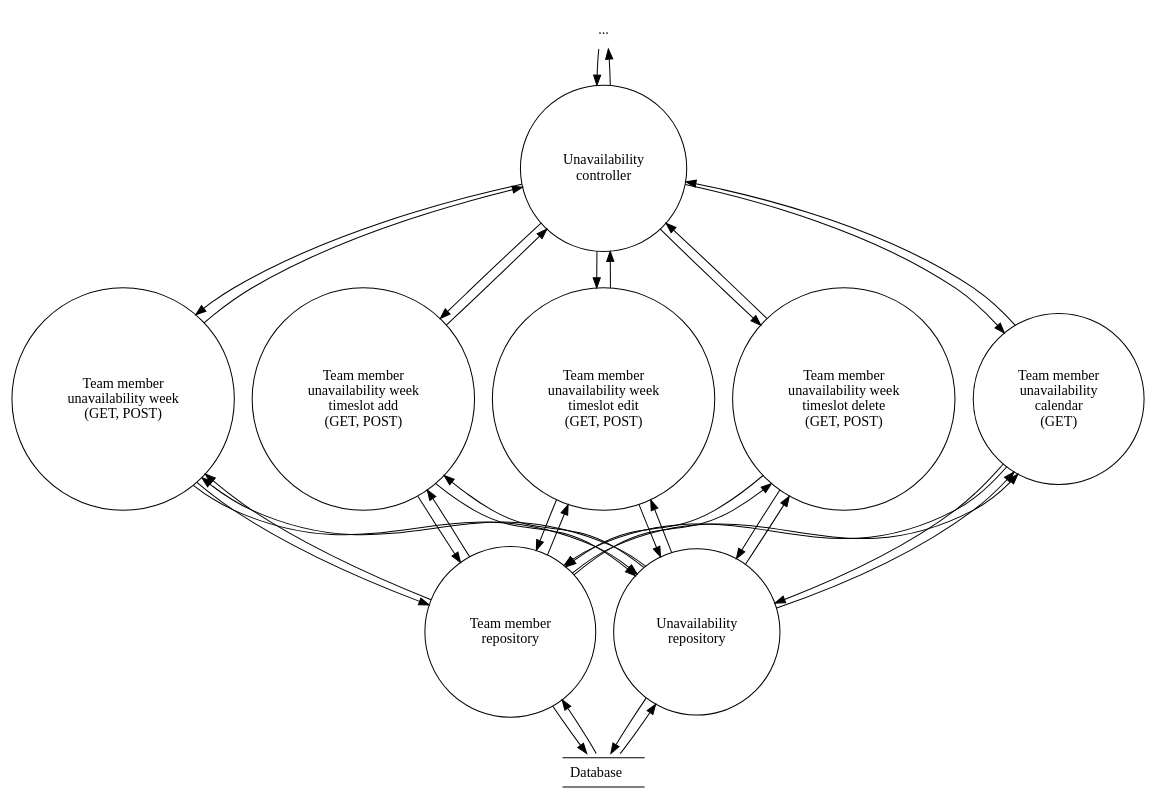
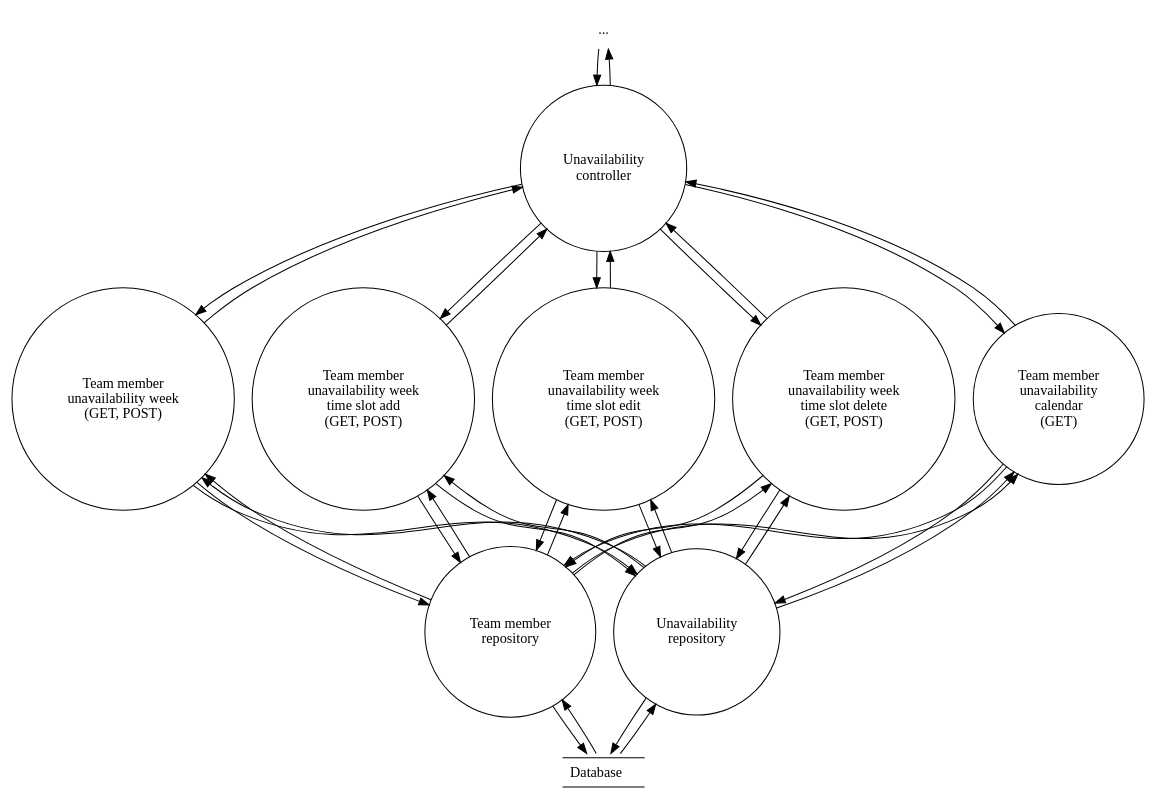
Before and after one commit to luke-hamann/stc-cis-248: the diagram in design/data_flow_diagrams/level_3.4_unavailability.dot, drawn with Graphviz. The commit also changed 3 other files, not shown here.

```diff
--- a/design/data_flow_diagrams/level_3.4_unavailability.dot
+++ b/design/data_flow_diagrams/level_3.4_unavailability.dot
@@ -1,63 +1,63 @@
 digraph data_flow_diagram {
     node [ shape = circle ]
     
     "..." [ shape = none ]
     
     "..." -> "Unavailability\ncontroller" -> "..."
 
     subgraph actions {
         rank = same
         
         "Team member\nunavailability\ncalendar\n(GET)"
         "Team member\nunavailability week\n(GET, POST)"
-        "Team member\nunavailability week\ntimeslot add\n(GET, POST)"
-        "Team member\nunavailability week\ntimeslot edit\n(GET, POST)"
-        "Team member\nunavailability week\ntimeslot delete\n(GET, POST)"
+        "Team member\nunavailability week\ntime slot add\n(GET, POST)"
+        "Team member\nunavailability week\ntime slot edit\n(GET, POST)"
+        "Team member\nunavailability week\ntime slot delete\n(GET, POST)"
     }
     
     "Unavailability\ncontroller" -> {
         "Team member\nunavailability\ncalendar\n(GET)"
         "Team member\nunavailability week\n(GET, POST)"
-        "Team member\nunavailability week\ntimeslot add\n(GET, POST)"
-        "Team member\nunavailability week\ntimeslot edit\n(GET, POST)"
-        "Team member\nunavailability week\ntimeslot delete\n(GET, POST)"
+        "Team member\nunavailability week\ntime slot add\n(GET, POST)"
+        "Team member\nunavailability week\ntime slot edit\n(GET, POST)"
+        "Team member\nunavailability week\ntime slot delete\n(GET, POST)"
     } -> "Unavailability\ncontroller"
     
     subgraph repositories {
         rank = same
         
         "Team member\nrepository"
         "Unavailability\nrepository"
     }
     
     {
         "Team member\nrepository"
         "Unavailability\nrepository"
     }
     ->
     {
         "Team member\nunavailability\ncalendar\n(GET)"
         "Team member\nunavailability week\n(GET, POST)"
-        "Team member\nunavailability week\ntimeslot add\n(GET, POST)"
-        "Team member\nunavailability week\ntimeslot edit\n(GET, POST)"
-        "Team member\nunavailability week\ntimeslot delete\n(GET, POST)"
+        "Team member\nunavailability week\ntime slot add\n(GET, POST)"
+        "Team member\nunavailability week\ntime slot edit\n(GET, POST)"
+        "Team member\nunavailability week\ntime slot delete\n(GET, POST)"
     }
     ->
     {
         "Team member\nrepository"
         "Unavailability\nrepository"
     }
     
     Database [
         label = <
             <TABLE BORDER="1" SIDES="TB" CELLBORDER="0" CELLPADDING="6" CELLSPACING="0">
                 <TR><TD>Database</TD></TR>
             </TABLE>
         >,
         shape = none ]
     
     Database -> {
         "Team member\nrepository"
         "Unavailability\nrepository"
     } -> Database
 }
```
